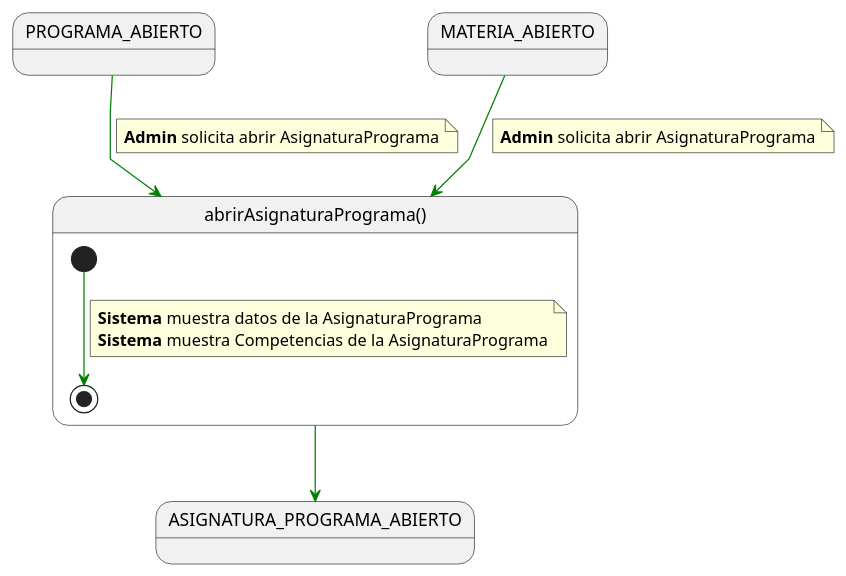
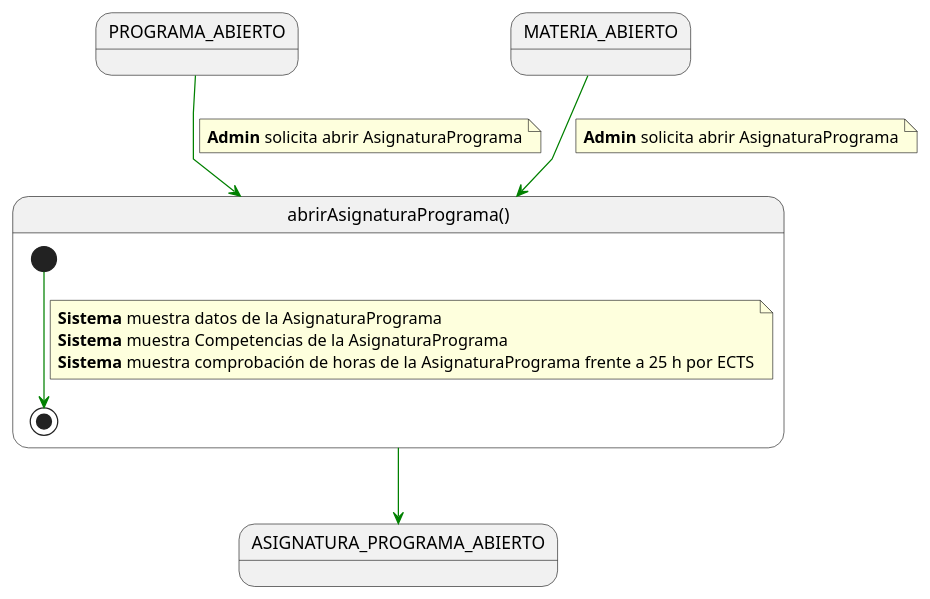
One commit to mmasias/pyCeldaPublico changed the diagram in RUP/01-requisitos/03-detalle-casos-uso/abrirAsignaturaPrograma/especificacion.puml. Above: the diagram before and after it, drawn with PlantUML. The commit also changed 284 other files, not shown here.

```diff
--- a/RUP/01-requisitos/03-detalle-casos-uso/abrirAsignaturaPrograma/especificacion.puml
+++ b/RUP/01-requisitos/03-detalle-casos-uso/abrirAsignaturaPrograma/especificacion.puml
@@ -1,30 +1,31 @@
 @startuml abrirAsignaturaPrograma
 
 skinparam linetype polyline
 
 state PROGRAMA_ABIERTO
 state MATERIA_ABIERTO
 state ASIGNATURA_PROGRAMA_ABIERTO
 
 PROGRAMA_ABIERTO -[#green]-> abrirAsignaturaPrograma
 note on link
 <b>Admin</b> solicita abrir AsignaturaPrograma
 end note
 
 MATERIA_ABIERTO -[#green]-> abrirAsignaturaPrograma
 note on link
 <b>Admin</b> solicita abrir AsignaturaPrograma
 end note
 
 state abrirAsignaturaPrograma as "abrirAsignaturaPrograma()" {
 
     [*] -[#green]-> [*]
     note on link
     <b>Sistema</b> muestra datos de la AsignaturaPrograma
     <b>Sistema</b> muestra Competencias de la AsignaturaPrograma
+    <b>Sistema</b> muestra comprobación de horas de la AsignaturaPrograma frente a 25 h por ECTS
     end note
 }
 
 abrirAsignaturaPrograma -[#green]-> ASIGNATURA_PROGRAMA_ABIERTO
 
 @enduml
```
